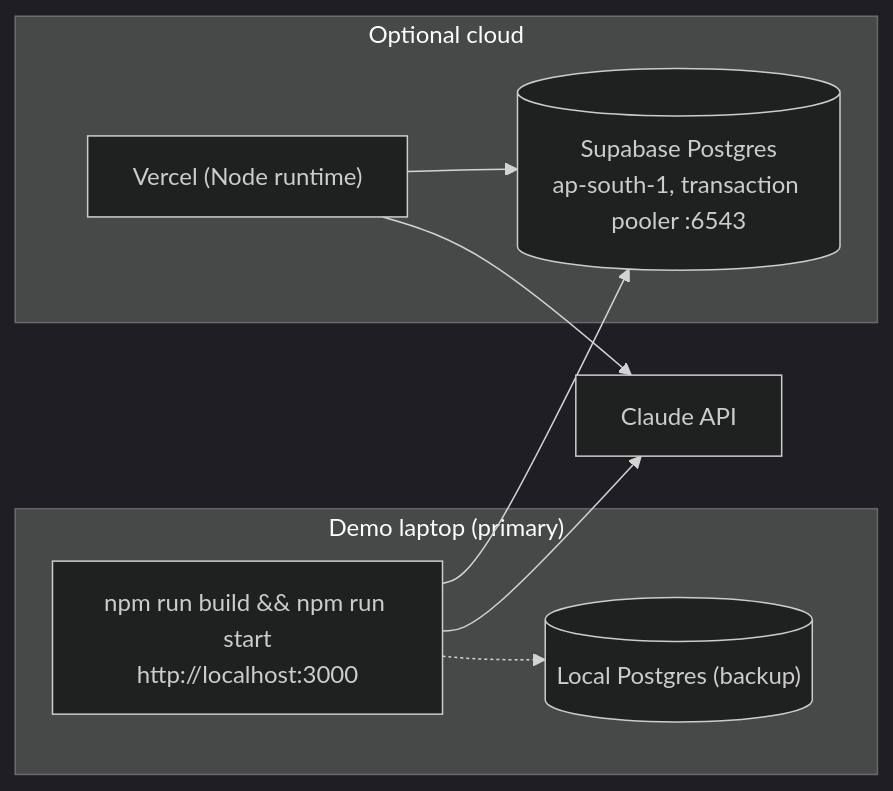
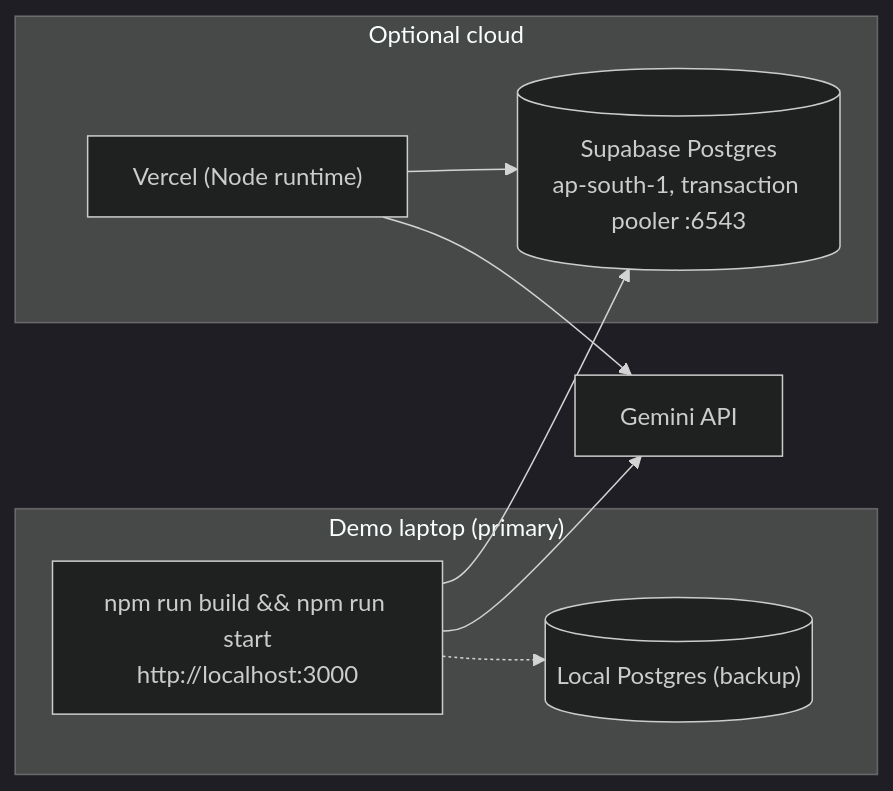
Before and after one commit to rushshah973/pharmaos: diagram 21 of 21 in architecture.md, drawn with Mermaid (dark theme). The commit also changed other lines of this file and 6 other files, not shown here.

First line of the commit message:
switch LLM from Claude to Gemini (@google/genai)

````diff
--- a/architecture.md
+++ b/architecture.md
@@ -700,16 +700,16 @@
 ```mermaid
 flowchart LR
     subgraph local["Demo laptop (primary)"]
         dev["npm run build && npm run start<br/>http://localhost:3000"]
         lpg[("Local Postgres (backup)")]
     end
     subgraph cloud["Optional cloud"]
         vercel["Vercel (Node runtime)"]
         supa[("Supabase Postgres<br/>ap-south-1, transaction pooler :6543")]
     end
     dev --> supa
     dev -.-> lpg
     vercel --> supa
-    dev --> claude["Claude API"]
-    vercel --> claude
+    dev --> gemini["Gemini API"]
+    vercel --> gemini
 ```
````
